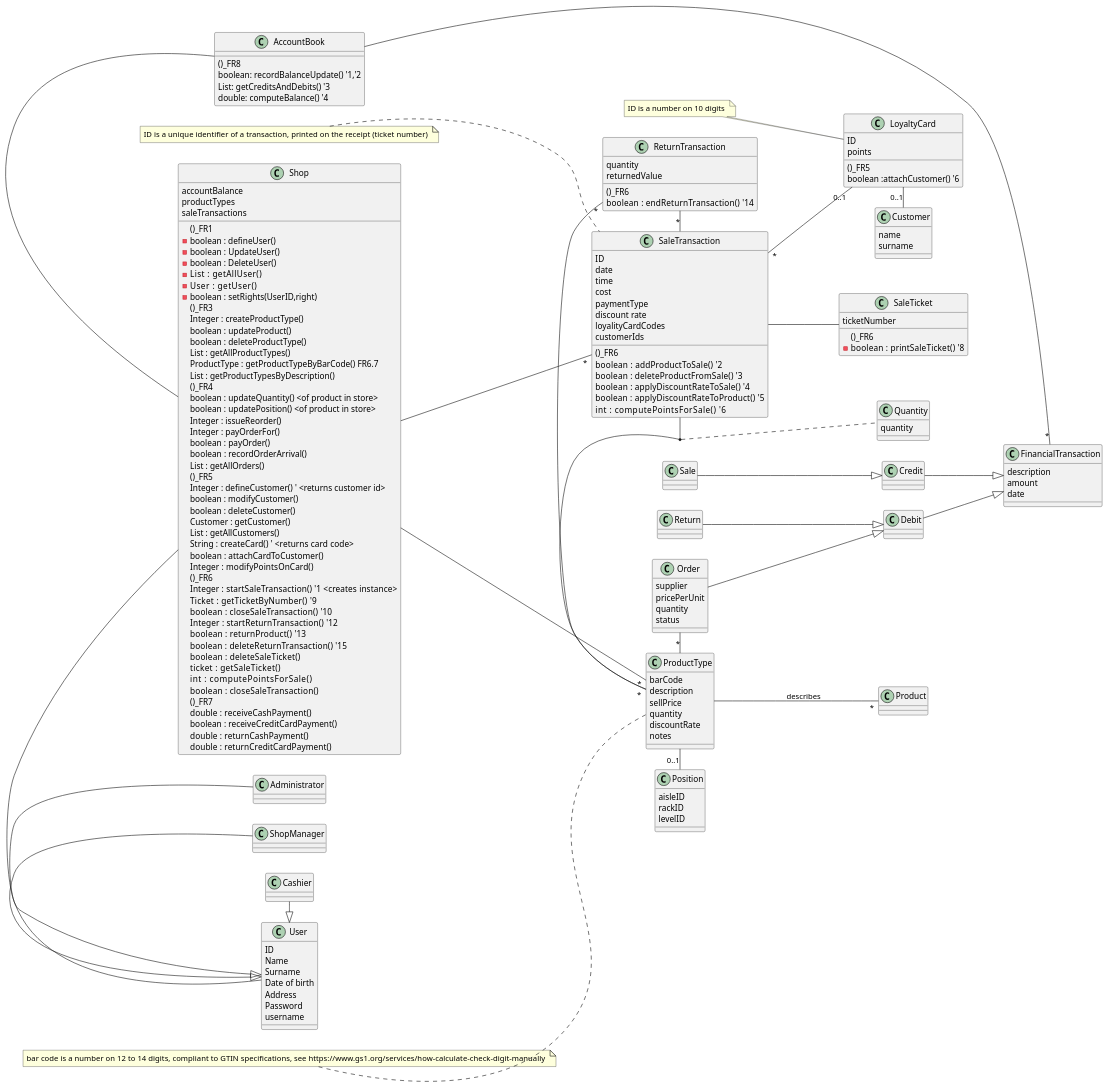
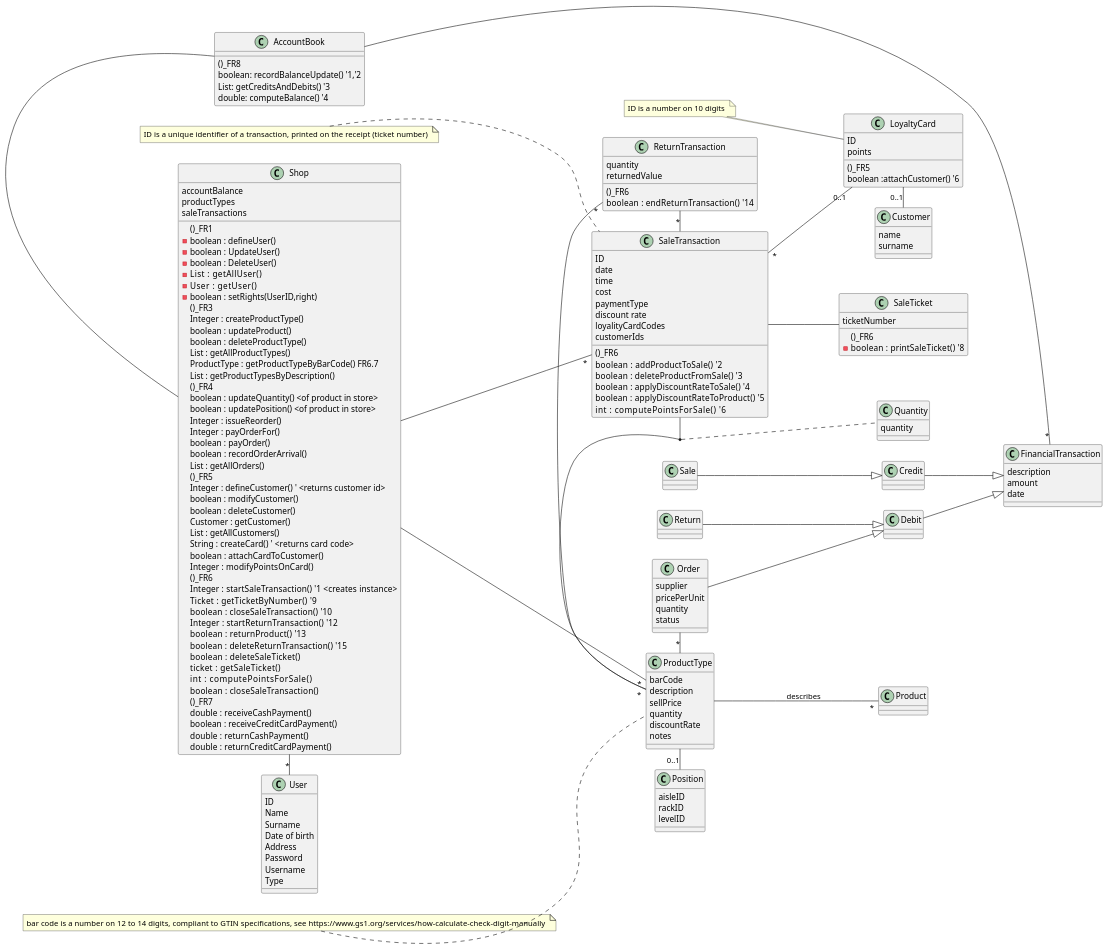
Before and after one commit to zitabou/EZShop: the second of 5 diagrams in Deliverables/DesignDocument.md, drawn with PlantUML.

Commit message:
Update User

```diff
--- a/Deliverables/DesignDocument.md
+++ b/Deliverables/DesignDocument.md
@@ -109,16 +109,10 @@
     Date of birth
     Address
     Password
-    username
+    Username
+    Type
 }
-User -l Shop
-
-class Administrator
-Administrator -|> User
-class ShopManager
-ShopManager -|> User
-class Cashier
-Cashier -|> User
+User "*"-l Shop
 
 
 
```
